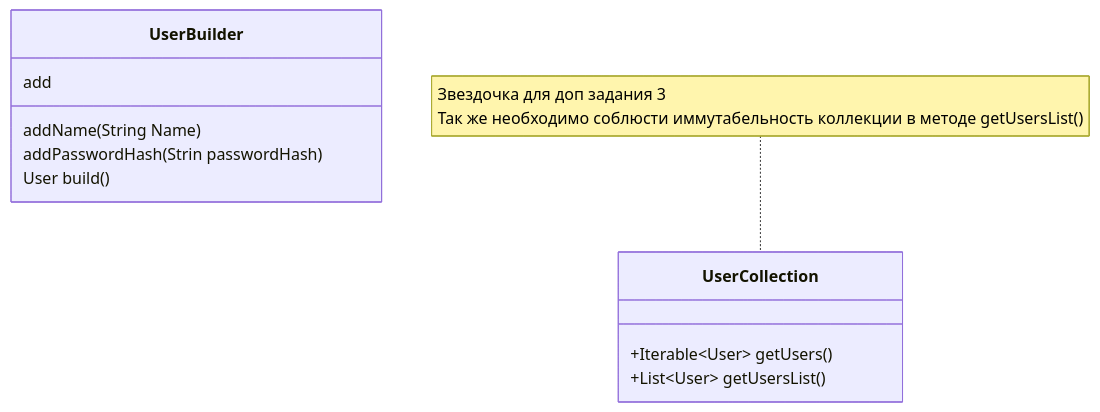
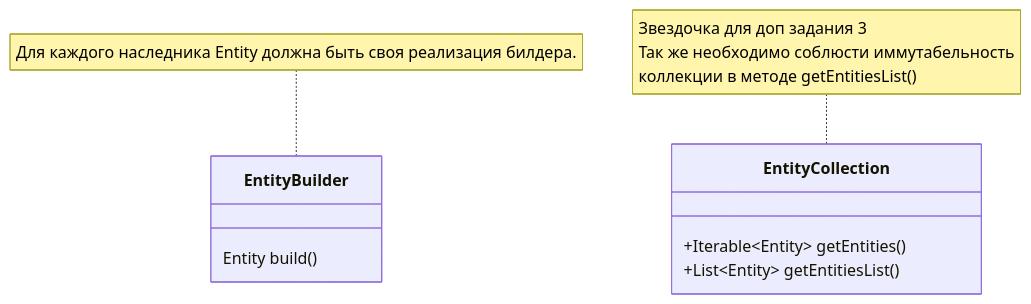
One commit to ColAshN65/FirstTeamProject changed the sixth of 7 diagrams in README.md. Above: the diagram before and after it, drawn with Mermaid. The commit also changed other lines of this file, not shown here.

````diff
--- a/README.md
+++ b/README.md
@@ -124,17 +159,19 @@
 ```mermaid
 classDiagram
-  note for UserCollection "Звездочка для доп задания 3
-  Так же необходимо соблюсти иммутабельность коллекции в методе getUsersList()"
 
-  class UserBuilder{
-    addName(String Name)
-    addPasswordHash(Strin passwordHash)
-    add
-    User build()
+  note for EntityBuilder "Для каждого наследника Entity должна быть своя реализация билдера."
+
+  class EntityBuilder{
+    Entity build()
+  }
+  
+  note for EntityCollection "Звездочка для доп задания 3
+  Так же необходимо соблюсти иммутабельность 
+  коллекции в методе getEntitiesList()"
+
+  class EntityCollection{
+    +Iterable~Entity~ getEntities()
+    +List~Entity~ getEntitiesList()
   }
 
-  class UserCollection{
-    +Iterable~User~ getUsers()
-    +List~User~ getUsersList()
-  }
 ```
````
